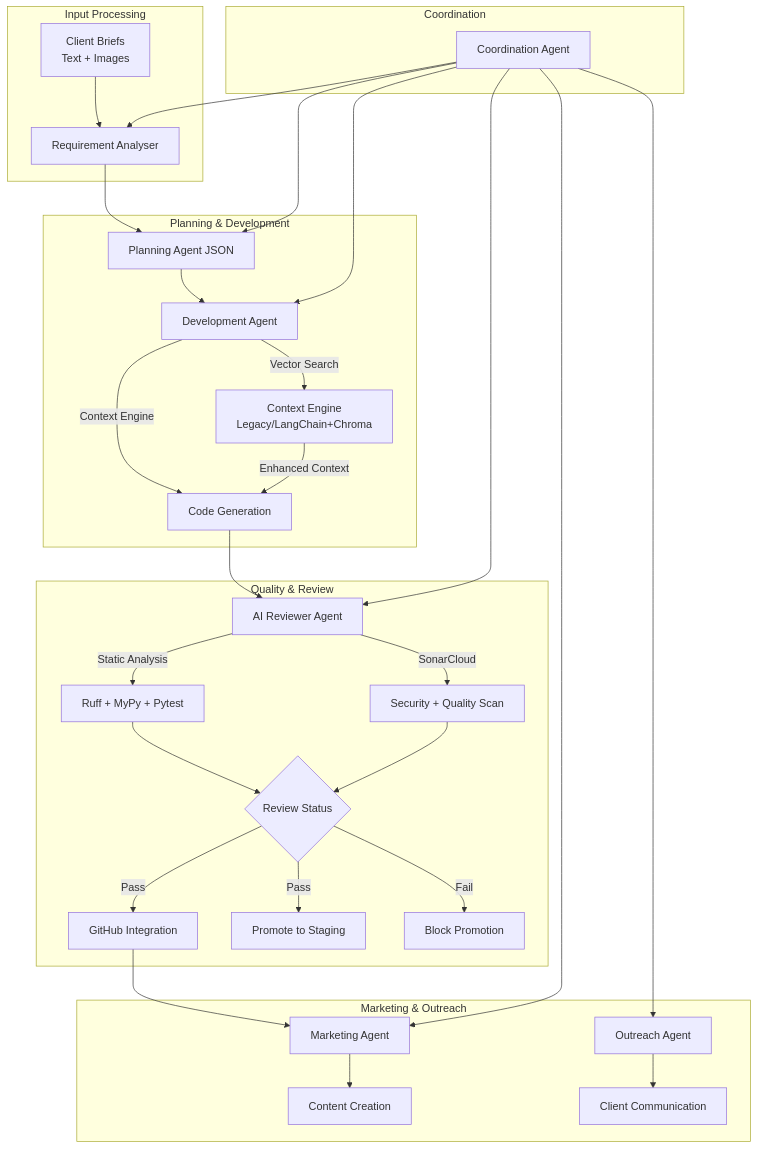
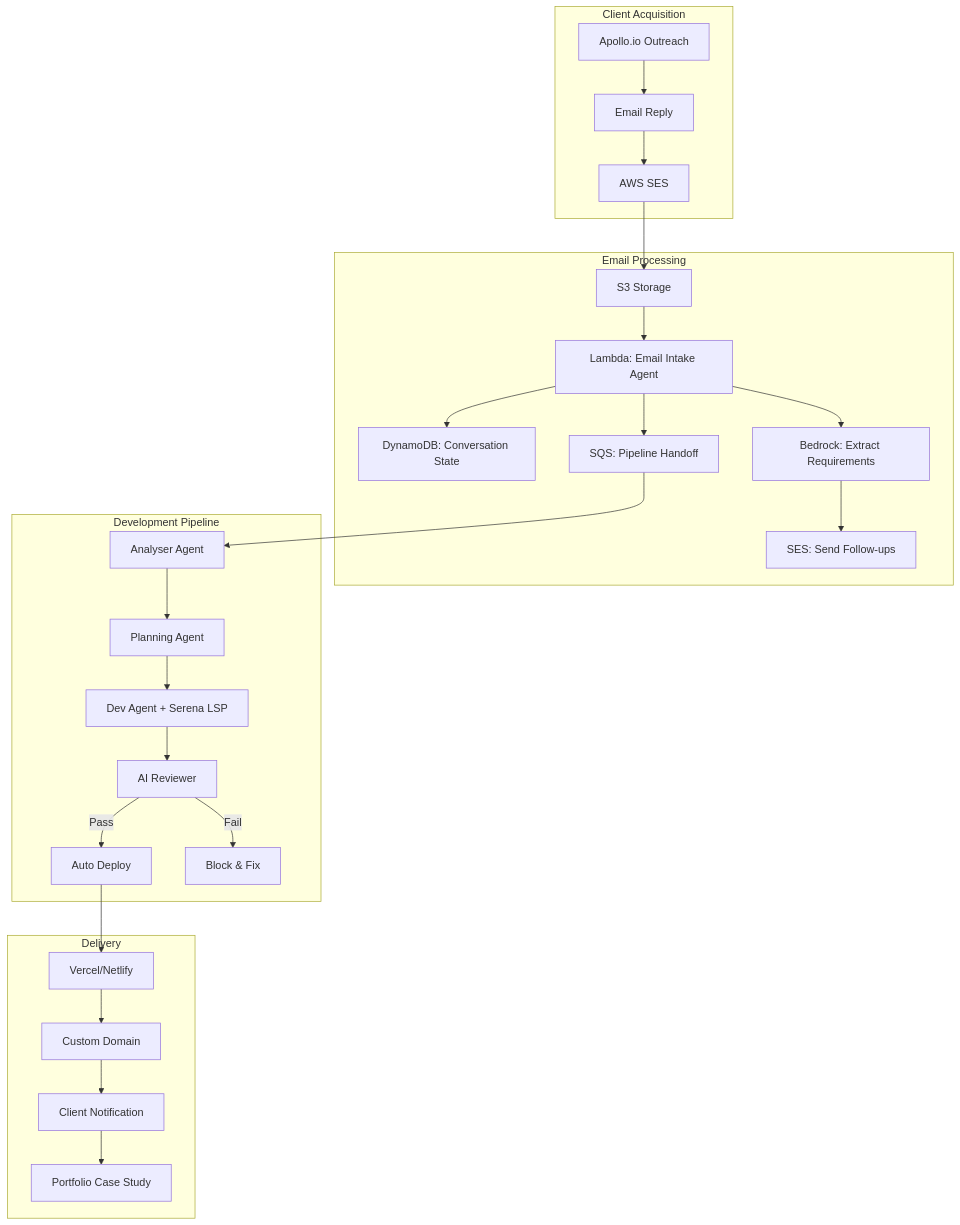
Before and after one commit to arkb75/SoloPilot: the diagram in README.md, drawn with Mermaid. The commit also changed other lines of this file and 9 other files, not shown here.

First line of the commit message:
feat(email intake): implement email processing agent for Apollo.io replies

````diff
--- a/README.md
+++ b/README.md
@@ -51,40 +43,32 @@
 ```mermaid
 flowchart TD
-    subgraph "Input Processing"
-        A[Client Briefs<br/>Text + Images] --> B[Requirement Analyser]
+    subgraph "Client Acquisition"
+        A[Apollo.io Outreach] --> B[Email Reply]
+        B --> C[AWS SES]
     end
     
-    subgraph "Planning & Development"
-        B --> C[Planning Agent JSON]
-        C --> D[Development Agent]
-        D --> |Context Engine| E[Code Generation]
-        D --> |Vector Search| F[Context Engine<br/>Legacy/LangChain+Chroma]
-        F --> |Enhanced Context| E
+    subgraph "Email Processing"
+        C --> D[S3 Storage]
+        D --> E[Lambda: Email Intake Agent]
+        E --> F[DynamoDB: Conversation State]
+        E --> G[Bedrock: Extract Requirements]
+        G --> H[SES: Send Follow-ups]
+        E --> I[SQS: Pipeline Handoff]
     end
     
-    subgraph "Quality & Review"
-        E --> L[AI Reviewer Agent]
-        L --> |Static Analysis| M[Ruff + MyPy + Pytest]
-        L --> |SonarCloud| N[Security + Quality Scan]
-        M --> O{Review Status}
-        N --> O
-        O --> |Pass| P[GitHub Integration]
-        O --> |Pass| Q[Promote to Staging]
-        O --> |Fail| R[Block Promotion]
+    subgraph "Development Pipeline"
+        I --> J[Analyser Agent]
+        J --> K[Planning Agent]
+        K --> L[Dev Agent + Serena LSP]
+        L --> M[AI Reviewer]
+        M --> |Pass| N[Auto Deploy]
+        M --> |Fail| O[Block & Fix]
     end
     
-    subgraph "Marketing & Outreach"
-        P --> G[Marketing Agent]
-        G --> H[Content Creation]
-        I[Outreach Agent] --> J[Client Communication]
-    end
-    
-    subgraph "Coordination"
-        K[Coordination Agent] --> B
-        K --> C
-        K --> D
-        K --> L
-        K --> G
-        K --> I
+    subgraph "Delivery"
+        N --> P[Vercel/Netlify]
+        P --> Q[Custom Domain]
+        Q --> R[Client Notification]
+        R --> S[Portfolio Case Study]
     end
 ```
````
